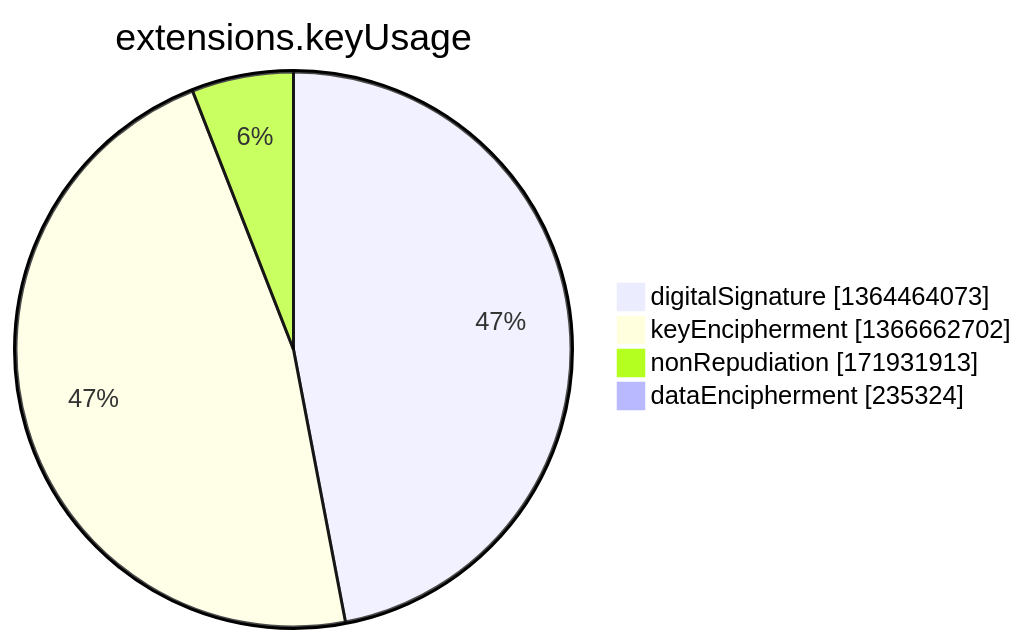
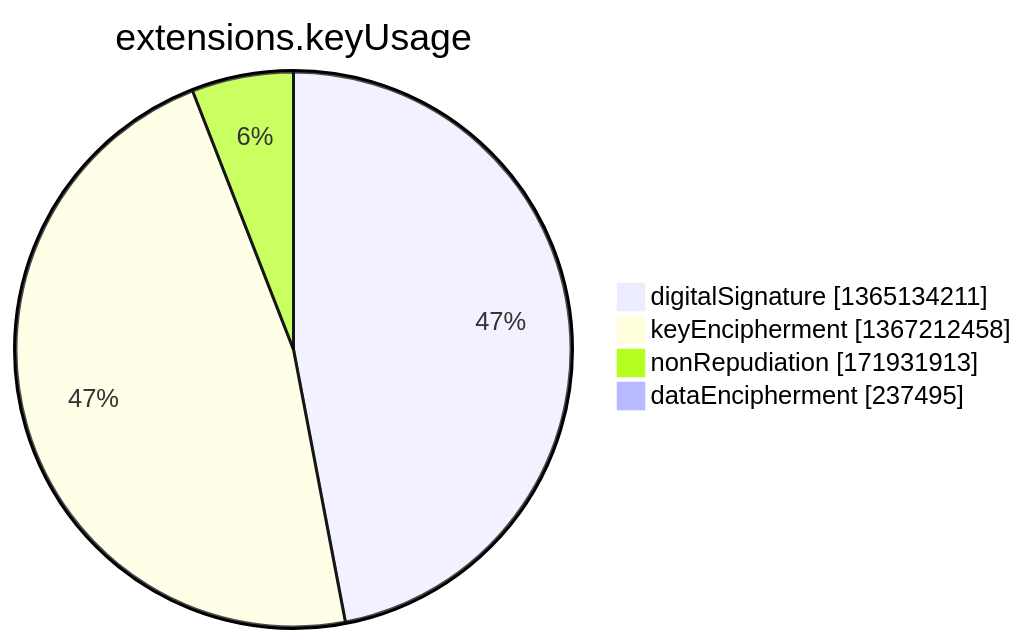
One commit to christiankrug/ctmonitor_visualization changed the seventh of 15 diagrams in argon2022/README.md. Above: the diagram before and after it, drawn with Mermaid. The commit also changed other lines of this file, not shown here.

````diff
--- a/argon2022/README.md
+++ b/argon2022/README.md
@@ -2751,8 +2751,8 @@
 ```mermaid
 pie showData
 title extensions.keyUsage
-"digitalSignature" :1364464073
-"keyEncipherment" :1366662702
+"digitalSignature" :1365134211
+"keyEncipherment" :1367212458
 "nonRepudiation" :171931913
-"dataEncipherment" :235324
+"dataEncipherment" :237495
 ```
````
